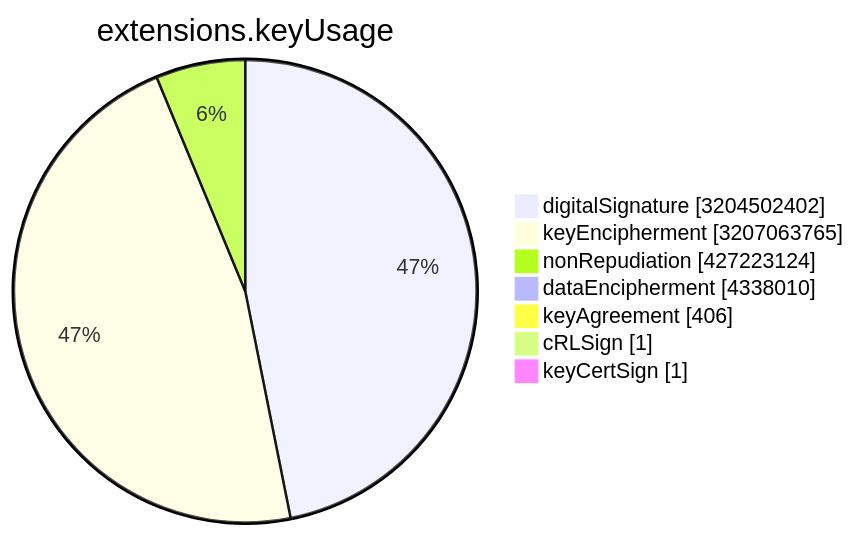
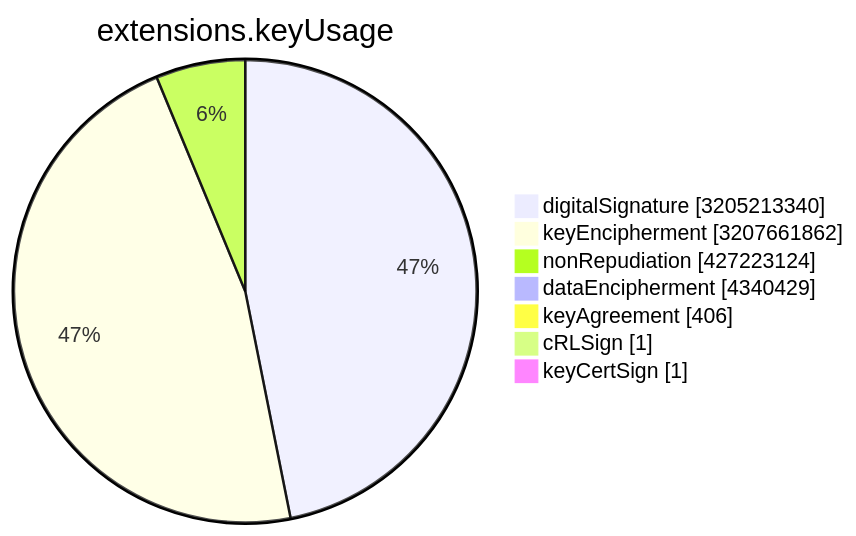
Before and after one commit to christiankrug/ctmonitor_visualization: the sixth of 15 diagrams in TOTAL/README.md, drawn with Mermaid. The commit also changed other lines of this file, not shown here.

````diff
--- a/TOTAL/README.md
+++ b/TOTAL/README.md
@@ -3077,11 +3077,11 @@
 ```mermaid
 pie showData
 title extensions.keyUsage
-"digitalSignature" :3204502402
-"keyEncipherment" :3207063765
+"digitalSignature" :3205213340
+"keyEncipherment" :3207661862
 "nonRepudiation" :427223124
-"dataEncipherment" :4338010
+"dataEncipherment" :4340429
 "keyAgreement" :406
 "cRLSign" :1
 "keyCertSign" :1
 ```
````
